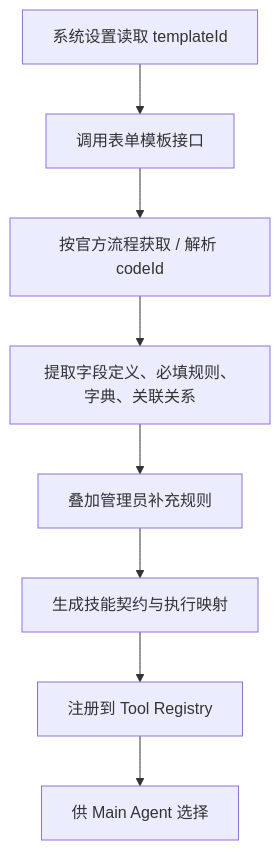
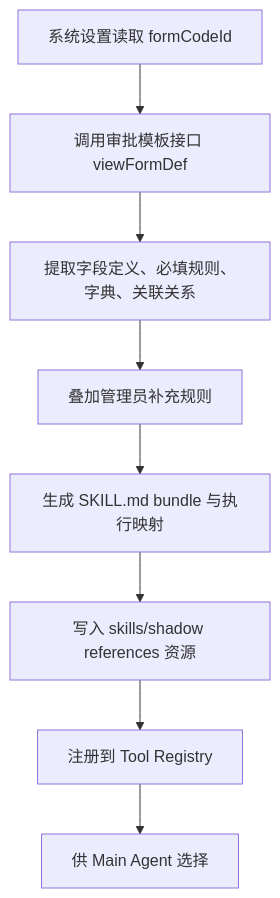
The diagram in docs/03-记录系统动态技能中心.md (weeks1743/yzj-ai-crm), drawn with Mermaid before and after one commit. The commit also changed other lines of this file and 72 other files, not shown here.

````diff
--- a/docs/03-记录系统动态技能中心.md
+++ b/docs/03-记录系统动态技能中心.md
@@ -134,10 +147,10 @@
 ```mermaid
 flowchart TD
-    A["系统设置读取 templateId"] --> B["调用表单模板接口"]
-    B --> C["按官方流程获取 / 解析 codeId"]
-    C --> D["提取字段定义、必填规则、字典、关联关系"]
-    D --> E["叠加管理员补充规则"]
-    E --> F["生成技能契约与执行映射"]
+    A["系统设置读取 formCodeId"] --> B["调用审批模板接口 viewFormDef"]
+    B --> C["提取字段定义、必填规则、字典、关联关系"]
+    C --> D["叠加管理员补充规则"]
+    D --> E["生成 SKILL.md bundle 与执行映射"]
+    E --> F["写入 skills/shadow references 资源"]
     F --> G["注册到 Tool Registry"]
     G --> H["供 Main Agent 选择"]
 ```
````
